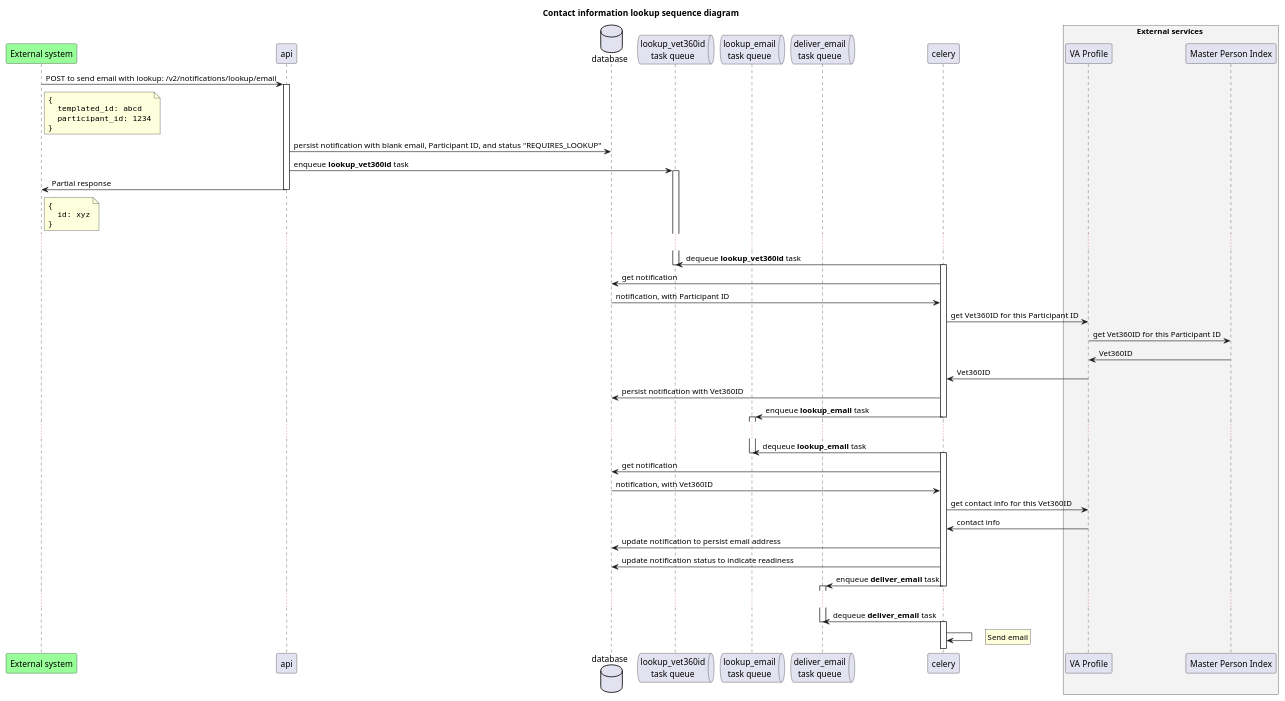
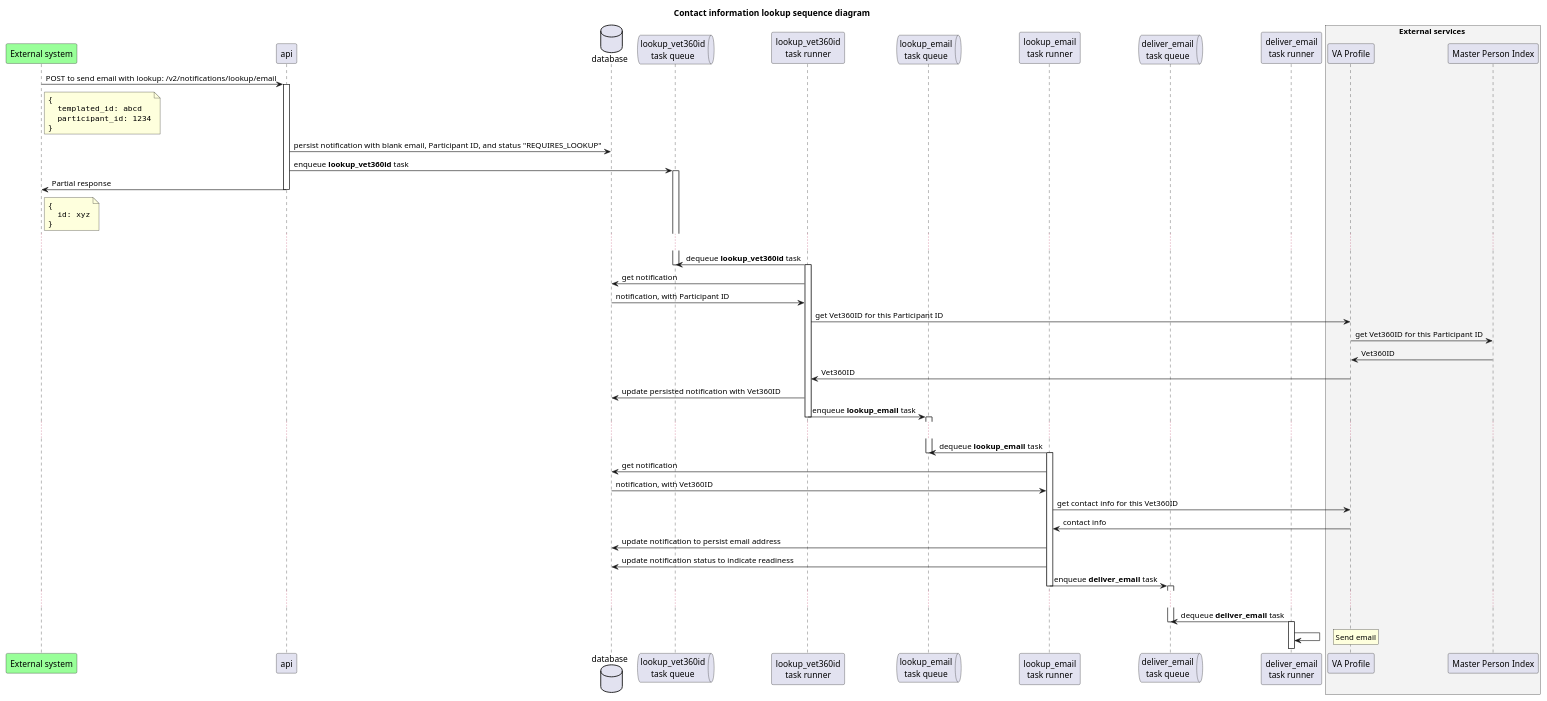
The diagram in documents/contact-info-lookup-sequence-diagram.puml (cds-snc/notification-api), drawn with PlantUML before and after one commit.

Commit message:
adds separate task runners to contact info lookup diagram

```diff
--- a/documents/contact-info-lookup-sequence-diagram.puml
+++ b/documents/contact-info-lookup-sequence-diagram.puml
@@ -1,92 +1,96 @@
 @startuml
 title Contact information lookup sequence diagram
 
 participant "External system" as ext #99FF99
 participant api
 database database
 
-queue "lookup_vet360id\ntask queue" as lookup_vet360id_tasks
-queue "lookup_email\ntask queue" as lookup_email_tasks
-queue "deliver_email\ntask queue" as deliver_email_tasks
+queue "lookup_vet360id\ntask queue" as lookup_vet360id_queue
+participant "lookup_vet360id\ntask runner" as lookup_vet360id_runner
 
-participant celery
+queue "lookup_email\ntask queue" as lookup_email_queue
+participant "lookup_email\ntask runner" as lookup_email_runner
+
+queue "deliver_email\ntask queue" as deliver_email_queue
+participant "deliver_email\ntask runner" as deliver_email_runner
+
 
 box External services #f3f3f3
 participant "VA Profile" as vaprofile
 participant "Master Person Index" as mpi
 end box
 
 ext -> api : POST to send email with lookup: /v2/notifications/lookup/email
 activate api
 note right of ext
   ""{""
   ""  templated_id: abcd""
   ""  participant_id: 1234""
   ""}""
 end note
 
 api -> database: persist notification with blank email, Participant ID, and status "REQUIRES_LOOKUP"
 
-api -> lookup_vet360id_tasks: enqueue **lookup_vet360id** task
-activate lookup_vet360id_tasks
+api -> lookup_vet360id_queue: enqueue **lookup_vet360id** task
+activate lookup_vet360id_queue
 
 api -> ext: Partial response
 note right of ext
   ""{""
   ""  id: xyz""
   ""}""
 end note
 deactivate api
 
 ...
 
-celery -> lookup_vet360id_tasks: dequeue **lookup_vet360id** task
-deactivate lookup_vet360id_tasks
-activate celery
+lookup_vet360id_runner -> lookup_vet360id_queue: dequeue **lookup_vet360id** task
+deactivate lookup_vet360id_queue
+activate lookup_vet360id_runner
 
-celery -> database: get notification
-database -> celery: notification, with Participant ID
+lookup_vet360id_runner -> database: get notification
+database -> lookup_vet360id_runner: notification, with Participant ID
 
-celery -> vaprofile: get Vet360ID for this Participant ID
+lookup_vet360id_runner -> vaprofile: get Vet360ID for this Participant ID
 
 vaprofile -> mpi: get Vet360ID for this Participant ID
 
 mpi -> vaprofile: Vet360ID
 
-vaprofile -> celery: Vet360ID
+vaprofile -> lookup_vet360id_runner: Vet360ID
 
-celery -> database: persist notification with Vet360ID
+lookup_vet360id_runner -> database: update persisted notification with Vet360ID
 
-celery -> lookup_email_tasks: enqueue **lookup_email** task
-deactivate celery
-activate lookup_email_tasks
+lookup_vet360id_runner -> lookup_email_queue: enqueue **lookup_email** task
+deactivate lookup_vet360id_runner
+activate lookup_email_queue
 
 ...
 
-celery -> lookup_email_tasks: dequeue **lookup_email** task
-deactivate lookup_email_tasks
-activate celery
+lookup_email_runner -> lookup_email_queue: dequeue **lookup_email** task
+deactivate lookup_email_queue
+activate lookup_email_runner
 
-celery -> database: get notification
-database -> celery: notification, with Vet360ID
+lookup_email_runner -> database: get notification
+database -> lookup_email_runner: notification, with Vet360ID
 
-celery -> vaprofile: get contact info for this Vet360ID
+lookup_email_runner -> vaprofile: get contact info for this Vet360ID
 
-vaprofile -> celery: contact info
+vaprofile -> lookup_email_runner: contact info
 
-celery -> database: update notification to persist email address
-celery -> database: update notification status to indicate readiness
+lookup_email_runner -> database: update notification to persist email address
+lookup_email_runner -> database: update notification status to indicate readiness
 
-celery -> deliver_email_tasks: enqueue **deliver_email** task
-deactivate celery
-activate deliver_email_tasks
+lookup_email_runner -> deliver_email_queue: enqueue **deliver_email** task
+deactivate lookup_email_runner
+activate deliver_email_queue
 
 ...
 
-celery -> deliver_email_tasks: dequeue **deliver_email** task
-deactivate deliver_email_tasks
-activate celery
+deliver_email_runner -> deliver_email_queue: dequeue **deliver_email** task
+deactivate deliver_email_queue
+activate deliver_email_runner
 
-celery -> celery
+deliver_email_runner -> deliver_email_runner
 rnote right: Send email
 @enduml
```
